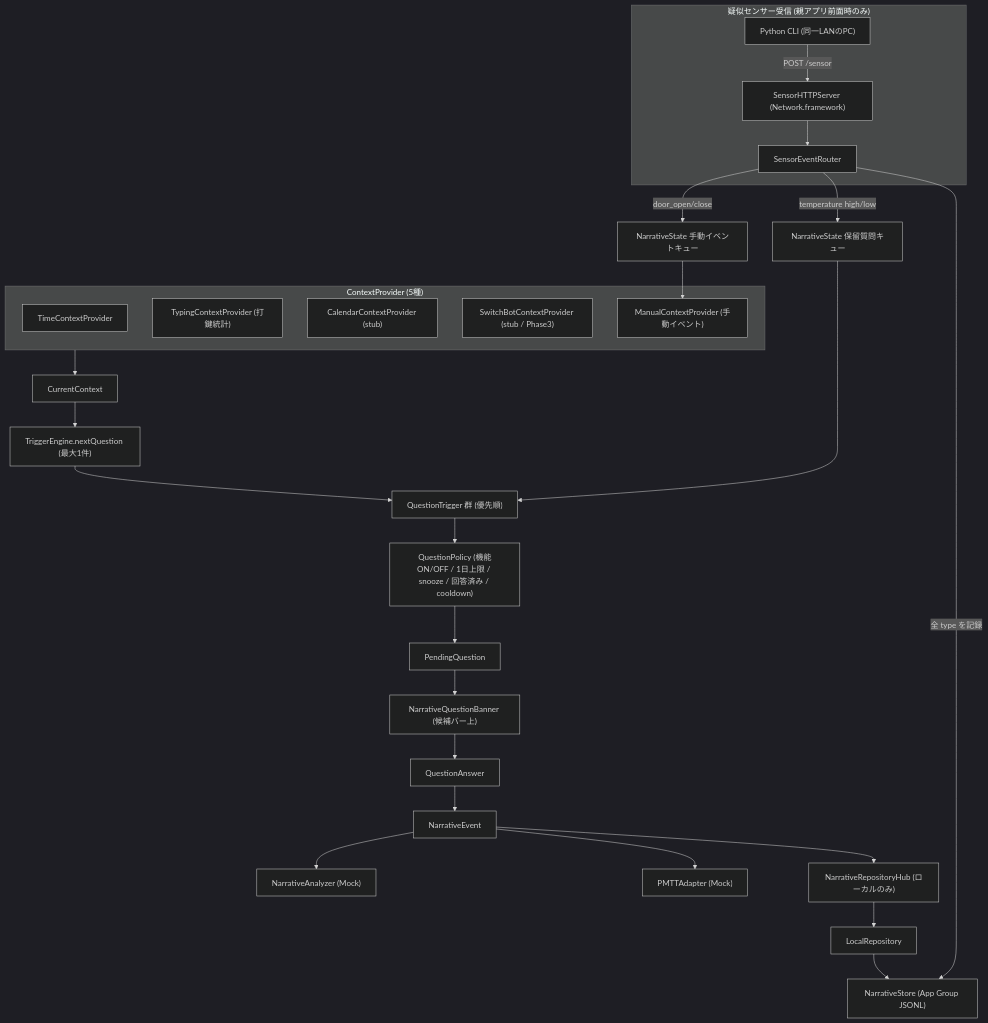
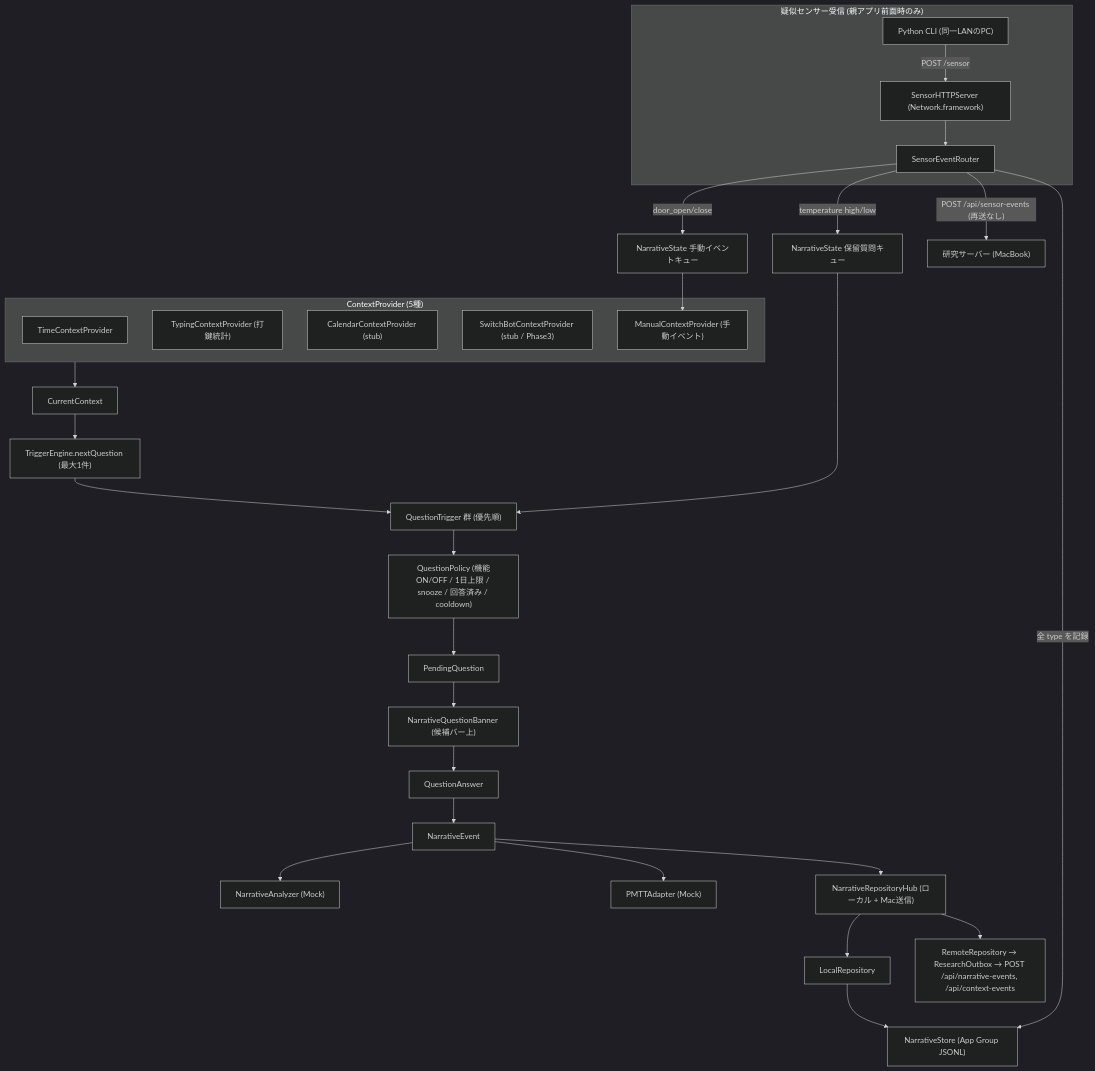
Before and after one commit to shunsuke-tanaka-creator/communication-keyboard: the diagram in docs/architecture.md, drawn with Mermaid (dark theme). The commit also changed other lines of this file and 21 other files, not shown here.

````diff
--- a/docs/architecture.md
+++ b/docs/architecture.md
@@ -161,32 +171,34 @@
 ```mermaid
 flowchart TD
   subgraph Providers["ContextProvider (5種)"]
     TimeP["TimeContextProvider"]
     TypingP["TypingContextProvider (打鍵統計)"]
     CalP["CalendarContextProvider (stub)"]
     SwP["SwitchBotContextProvider (stub / Phase3)"]
     ManP["ManualContextProvider (手動イベント)"]
   end
   Providers --> Ctx["CurrentContext"]
   Ctx --> Engine["TriggerEngine.nextQuestion (最大1件)"]
   Engine --> Triggers["QuestionTrigger 群 (優先順)"]
   Triggers --> Policy["QuestionPolicy (機能ON/OFF / 1日上限 / snooze / 回答済み / cooldown)"]
   Policy --> Pending["PendingQuestion"]
   Pending --> Banner["NarrativeQuestionBanner (候補バー上)"]
   Banner --> Answer["QuestionAnswer"]
   Answer --> Event["NarrativeEvent"]
   Event --> Analyzer["NarrativeAnalyzer (Mock)"]
   Event --> PMTT["PMTTAdapter (Mock)"]
-  Event --> Hub["NarrativeRepositoryHub (ローカルのみ)"]
+  Event --> Hub["NarrativeRepositoryHub (ローカル + Mac送信)"]
   Hub --> Local["LocalRepository"]
+  Hub --> Remote["RemoteRepository → ResearchOutbox → POST /api/narrative-events, /api/context-events"]
   Local --> Store["NarrativeStore (App Group JSONL)"]
   subgraph SensorPath["疑似センサー受信 (親アプリ前面時のみ)"]
     Py["Python CLI (同一LANのPC)"] -->|"POST /sensor"| Srv["SensorHTTPServer (Network.framework)"]
     Srv --> Router["SensorEventRouter"]
   end
   Router -->|"door_open/close"| MQueue["NarrativeState 手動イベントキュー"]
   Router -->|"temperature high/low"| PQueue["NarrativeState 保留質問キュー"]
   Router -->|"全 type を記録"| Store
+  Router -->|"POST /api/sensor-events (再送なし)"| Mac["研究サーバー (MacBook)"]
   MQueue --> ManP
   PQueue --> Triggers
 ```
````
